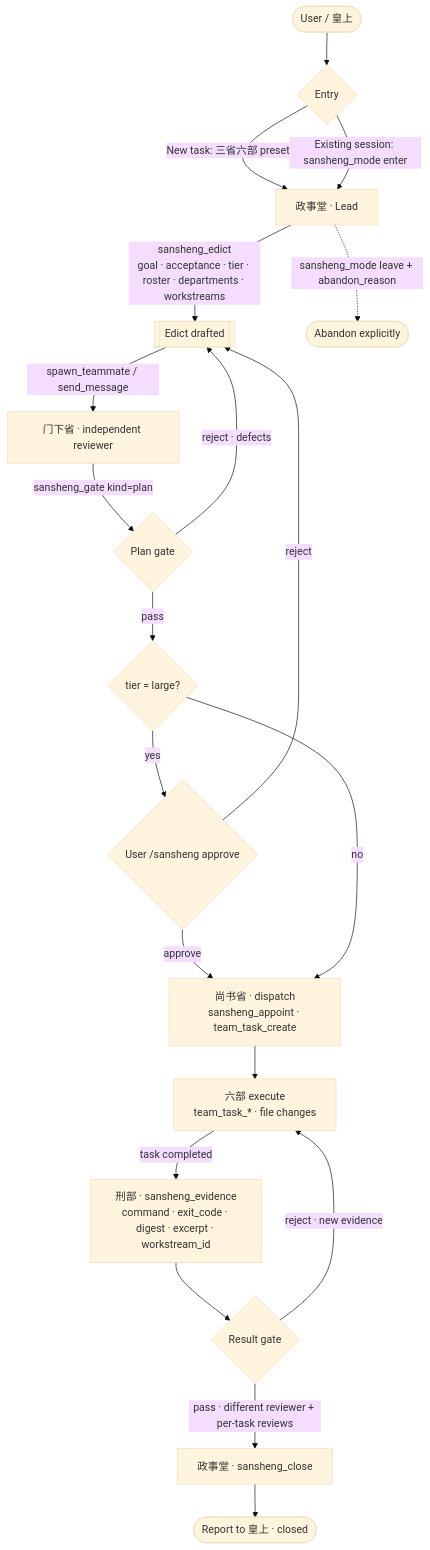
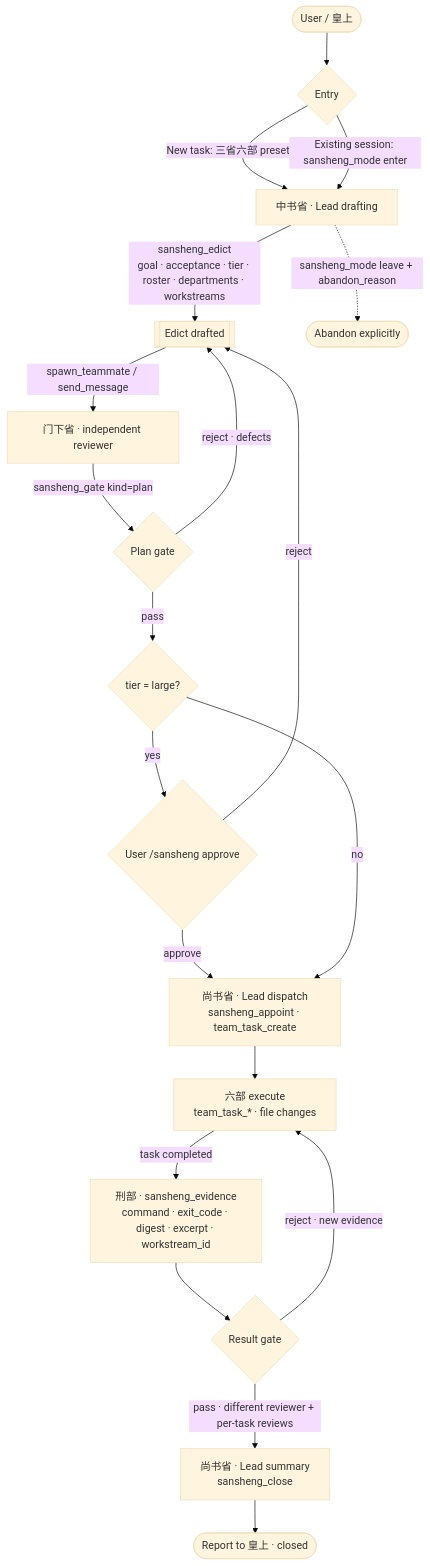
Before and after one commit to matcha-cult/dsh-experimental-sansheng: the diagram in README.en.md, drawn with Mermaid (base theme). The commit also changed other lines of this file and 10 other files, not shown here.

First line of the commit message:
docs: align 三省六部 roles with 中书省/门下省/尚书省 (0.4.4)

````diff
--- a/README.en.md
+++ b/README.en.md
@@ -99,22 +102,22 @@
 ```mermaid
 flowchart TD
     U(["User / 皇上"]) --> ENTRY{"Entry"}
-    ENTRY -->|"New task: 三省六部 preset"| LEAD["政事堂 · Lead"]
-    ENTRY -->|"Existing session: sansheng_mode enter"| LEAD
-    LEAD -->|"sansheng_edict<br/>goal · acceptance · tier · roster · departments · workstreams"| EDICT[["Edict drafted"]]
+    ENTRY -->|"New task: 三省六部 preset"| ZS["中书省 · Lead drafting"]
+    ENTRY -->|"Existing session: sansheng_mode enter"| ZS
+    ZS -->|"sansheng_edict<br/>goal · acceptance · tier · roster · departments · workstreams"| EDICT[["Edict drafted"]]
     EDICT -->|"spawn_teammate / send_message"| REVIEW["门下省 · independent reviewer"]
     REVIEW -->|"sansheng_gate kind=plan"| PG{"Plan gate"}
     PG -->|"reject · defects"| EDICT
     PG -->|"pass"| LARGE{"tier = large?"}
     LARGE -->|"yes"| HUMAN{"User /sansheng approve"}
     HUMAN -->|"reject"| EDICT
-    HUMAN -->|"approve"| DISPATCH["尚书省 · dispatch<br/>sansheng_appoint · team_task_create"]
-    LARGE -->|"no"| DISPATCH
-    DISPATCH --> EXEC["六部 execute<br/>team_task_* · file changes"]
+    HUMAN -->|"approve"| SS["尚书省 · Lead dispatch<br/>sansheng_appoint · team_task_create"]
+    LARGE -->|"no"| SS
+    SS --> EXEC["六部 execute<br/>team_task_* · file changes"]
     EXEC -->|"task completed"| EVID["刑部 · sansheng_evidence<br/>command · exit_code · digest · excerpt · workstream_id"]
     EVID --> RG{"Result gate"}
     RG -->|"reject · new evidence"| EXEC
-    RG -->|"pass · different reviewer + per-task reviews"| CLOSE["政事堂 · sansheng_close"]
+    RG -->|"pass · different reviewer + per-task reviews"| CLOSE["尚书省 · Lead summary<br/>sansheng_close"]
     CLOSE --> DONE(["Report to 皇上 · closed"])
-    LEAD -.->|"sansheng_mode leave + abandon_reason"| ABANDON(["Abandon explicitly"])
+    ZS -.->|"sansheng_mode leave + abandon_reason"| ABANDON(["Abandon explicitly"])
 ```
````
